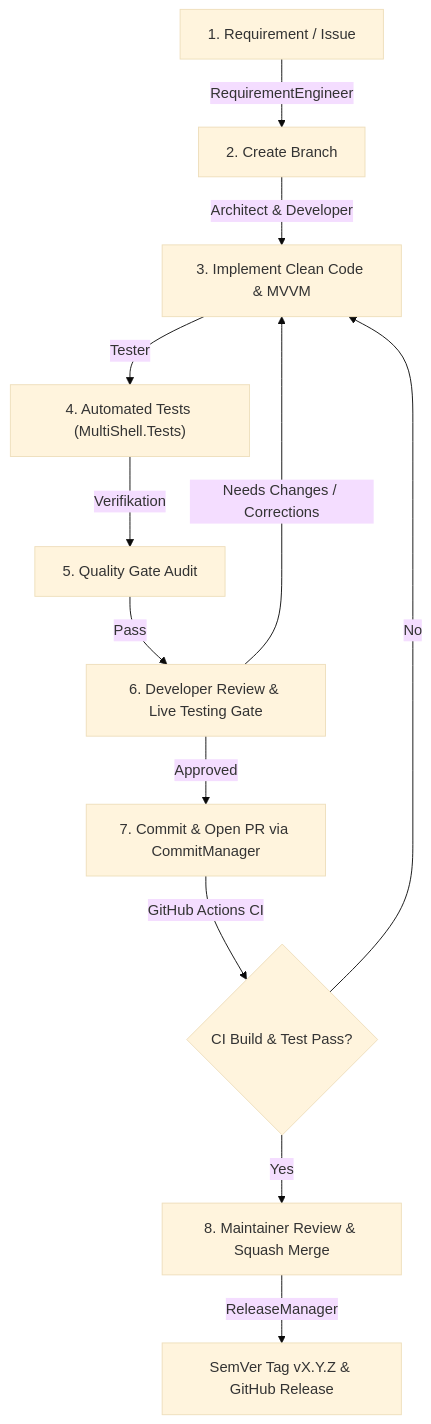
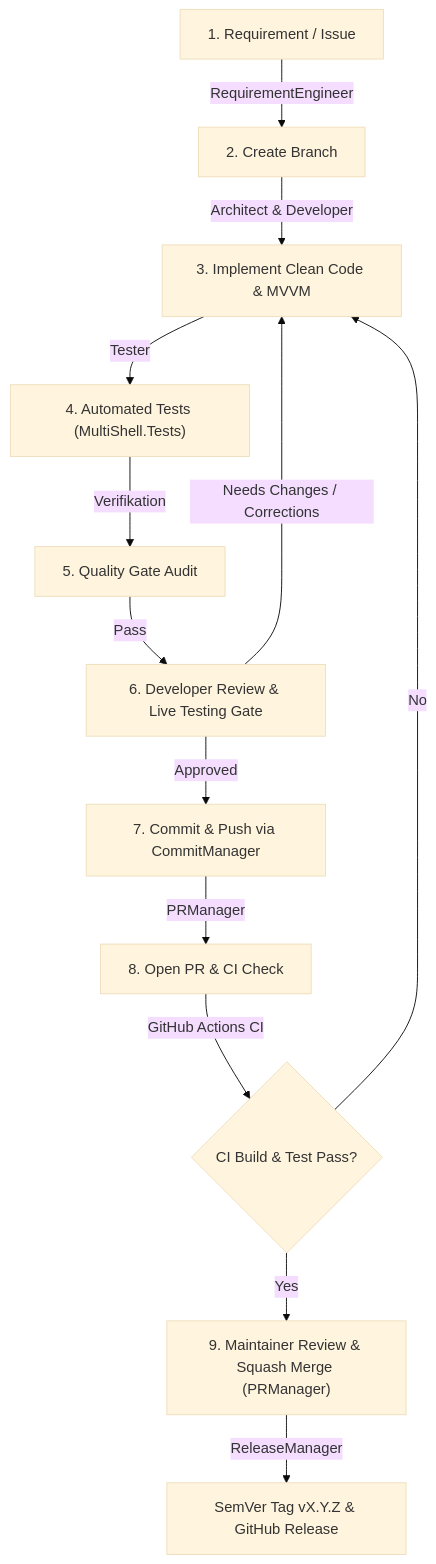
Before and after one commit to histore/multishell: the diagram in CONTRIBUTING.md, drawn with Mermaid (base theme). The commit also changed other lines of this file and 5 other files, not shown here.

First line of the commit message:
feat(agents): introduce dedicated PRManager subagent for GitHub PR lifecycle (#6)

````diff
--- a/CONTRIBUTING.md
+++ b/CONTRIBUTING.md
@@ -30,14 +30,15 @@
 ```mermaid
 flowchart TD
     A["1. Requirement / Issue"] -->|"RequirementEngineer"| B["2. Create Branch"]
     B -->|"Architect & Developer"| C["3. Implement Clean Code & MVVM"]
     C -->|"Tester"| D["4. Automated Tests (MultiShell.Tests)"]
     D -->|"Verifikation"| E["5. Quality Gate Audit"]
     E -->|"Pass"| F["6. Developer Review & Live Testing Gate"]
     F -->|"Needs Changes / Corrections"| C
-    F -->|"Approved"| G["7. Commit & Open PR via CommitManager"]
-    G -->|"GitHub Actions CI"| H{"CI Build & Test Pass?"}
-    H -->|"No"| C
-    H -->|"Yes"| I["8. Maintainer Review & Squash Merge"]
-    I -->|"ReleaseManager"| J["SemVer Tag vX.Y.Z & GitHub Release"]
+    F -->|"Approved"| G["7. Commit & Push via CommitManager"]
+    G -->|"PRManager"| H["8. Open PR & CI Check"]
+    H -->|"GitHub Actions CI"| I{"CI Build & Test Pass?"}
+    I -->|"No"| C
+    I -->|"Yes"| J["9. Maintainer Review & Squash Merge (PRManager)"]
+    J -->|"ReleaseManager"| K["SemVer Tag vX.Y.Z & GitHub Release"]
 ```
````
